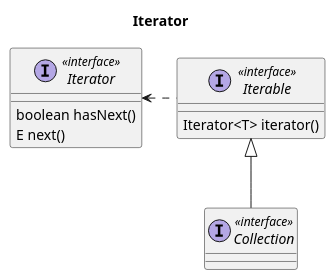
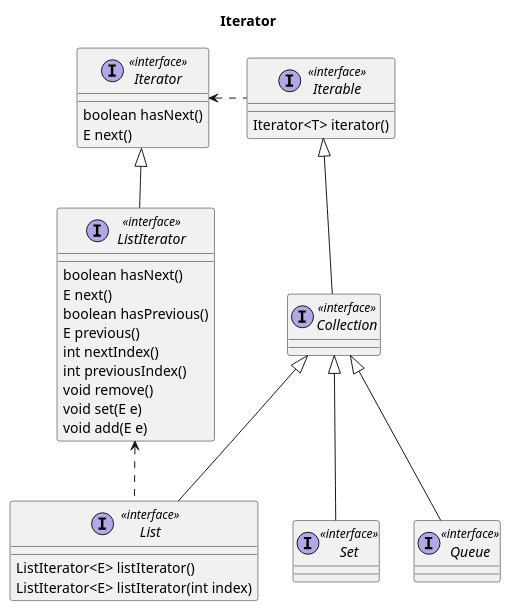
One commit to lewky/java-note changed the third of 3 diagrams in docs/container/数据结构.md. Above: the diagram before and after it, drawn with PlantUML. The commit also changed other lines of this file and 13 other files, not shown here.

````diff
--- a/docs/container/数据结构.md
+++ b/docs/container/数据结构.md
@@ -148,18 +88,44 @@
 ```plantuml
 @startuml
 title Iterator
+
 interface Iterable <<interface>> {
 	Iterator<T> iterator()
 }
 interface Collection <<interface>>
 interface Iterator <<interface>> {
 	boolean hasNext()
 	E next()
 }
 
 Iterable <|-- Collection
 Iterator <. Iterable
 
+interface Set <<interface>>
+interface List <<interface>> {
+	ListIterator<E> listIterator()
+	ListIterator<E> listIterator(int index)
+}
+interface Queue <<interface>>
+
+Collection <|-- Set
+Collection <|-- List
+Collection <|-- Queue
+
+interface ListIterator <<interface>> {
+	boolean hasNext()
+	E next()
+	boolean hasPrevious()
+	E previous()
+	int nextIndex()
+	int previousIndex()
+	void remove()
+	void set(E e)
+	void add(E e)
+}
+
+Iterator <|-- ListIterator
+ListIterator <.. List
 
 @enduml
 ```
````
